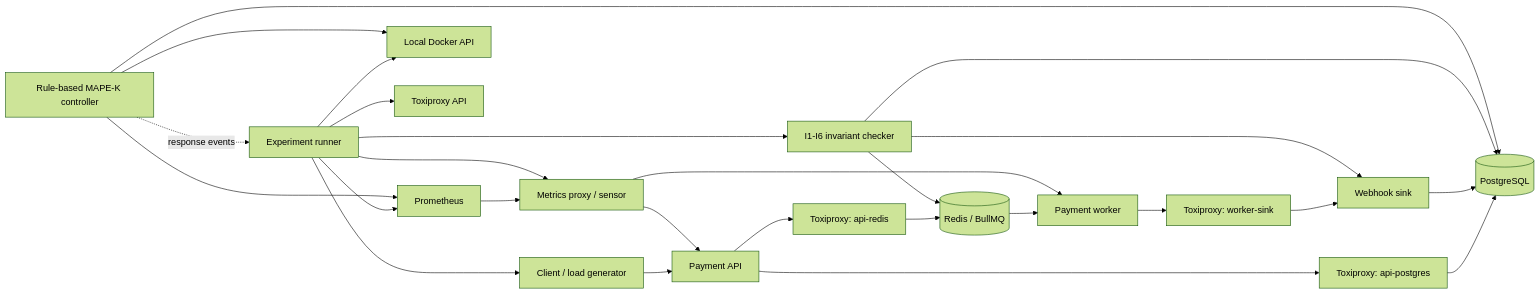
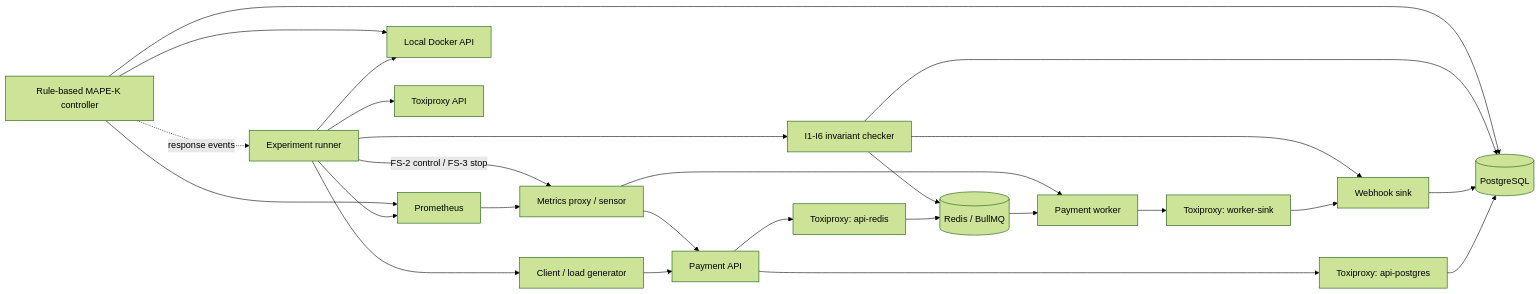
One commit to rahulgope45/Chaos-Harness changed the diagram in docs/handover/00-project-introduction.md. Above: the diagram before and after it, drawn with Mermaid (forest theme). The commit also changed other lines of this file and 98 other files, not shown here.

````diff
--- a/docs/handover/00-project-introduction.md
+++ b/docs/handover/00-project-introduction.md
@@ -37,30 +37,30 @@
 ```mermaid
 flowchart LR
   Client[Client / load generator] --> API[Payment API]
   API --> PgProxy[Toxiproxy: api-postgres]
   PgProxy --> PG[(PostgreSQL)]
   API --> RedisProxy[Toxiproxy: api-redis]
   RedisProxy --> Redis[(Redis / BullMQ)]
   Redis --> Worker[Payment worker]
   Worker --> SinkProxy[Toxiproxy: worker-sink]
   SinkProxy --> Sink[Webhook sink]
   Sink --> PG
 
   Prom[Prometheus] --> Sensor[Metrics proxy / sensor]
   Sensor --> API
   Sensor --> Worker
   Runner[Experiment runner] --> Client
   Runner --> Prom
   Runner --> Docker[Local Docker API]
   Runner --> ToxiAPI[Toxiproxy API]
-  Runner --> Sensor
+  Runner -->|FS-2 control / FS-3 stop| Sensor
   Runner --> Checks[I1-I6 invariant checker]
   Checks --> PG
   Checks --> Redis
   Checks --> Sink
 
   Controller[Rule-based MAPE-K controller] --> Docker
   Controller --> Prom
   Controller --> PG
   Controller -. response events .-> Runner
 ```
````
